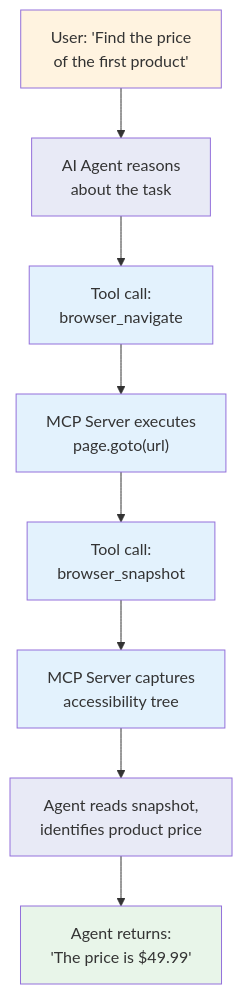
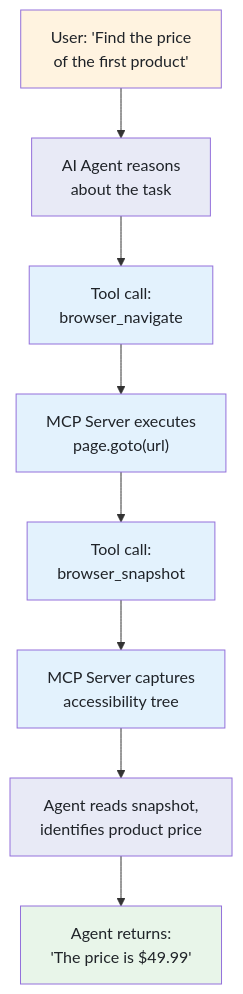
One commit to bytetunnels/bytetunnels.github.com changed the second of 5 diagrams in _posts/2026-02-25-playwright-mcp-server-connecting-browser-automation-ai-agents.md. Above: the diagram before and after it, drawn with Mermaid. The commit also changed other lines of this file and 118 other files, not shown here.

Commit message:
feat: improve diagram styling and compact wide flowcharts

````diff
--- a/_posts/2026-02-25-playwright-mcp-server-connecting-browser-automation-ai-agents.md
+++ b/_posts/2026-02-25-playwright-mcp-server-connecting-browser-automation-ai-agents.md
@@ -259,19 +259,19 @@
 ```mermaid
 graph TD
     A["User: 'Find the price<br>of the first product'"] --> B["AI Agent reasons<br>about the task"]
     B --> C["Tool call:<br>browser_navigate"]
     C --> D["MCP Server executes<br>page.goto(url)"]
     D --> E["Tool call:<br>browser_snapshot"]
     E --> F["MCP Server captures<br>accessibility tree"]
     F --> G["Agent reads snapshot,<br>identifies product price"]
     G --> H["Agent returns:<br>'The price is $49.99'"]
 
-    style A fill:#fff3e0
-    style B fill:#e8eaf6
-    style C fill:#e3f2fd
-    style D fill:#e3f2fd
-    style E fill:#e3f2fd
-    style F fill:#e3f2fd
-    style G fill:#e8eaf6
-    style H fill:#e8f5e9
+    style A fill:#fff3e0,color:#1f2328
+    style B fill:#e8eaf6,color:#1f2328
+    style C fill:#e3f2fd,color:#1f2328
+    style D fill:#e3f2fd,color:#1f2328
+    style E fill:#e3f2fd,color:#1f2328
+    style F fill:#e3f2fd,color:#1f2328
+    style G fill:#e8eaf6,color:#1f2328
+    style H fill:#e8f5e9,color:#1f2328
 ```
````
